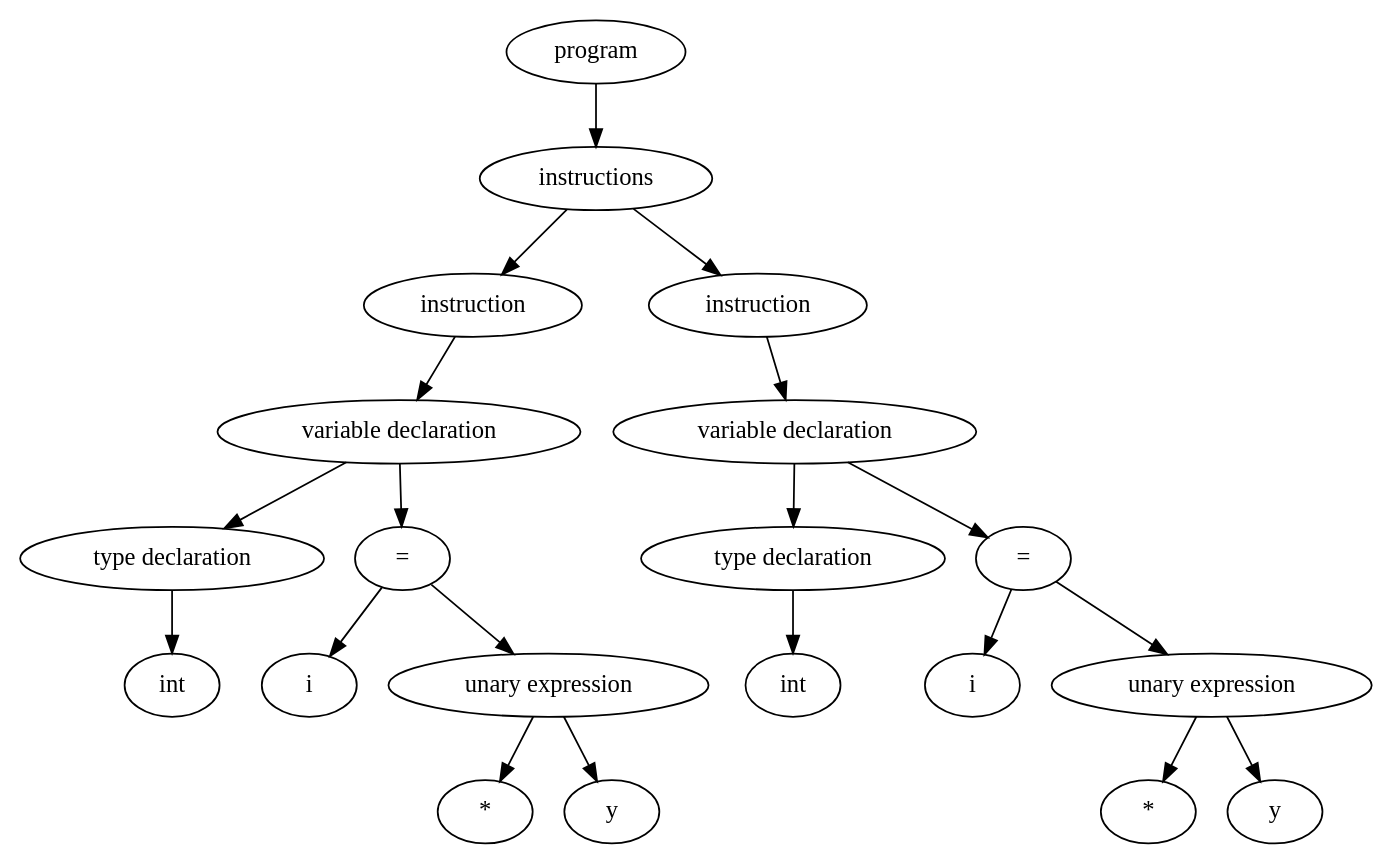
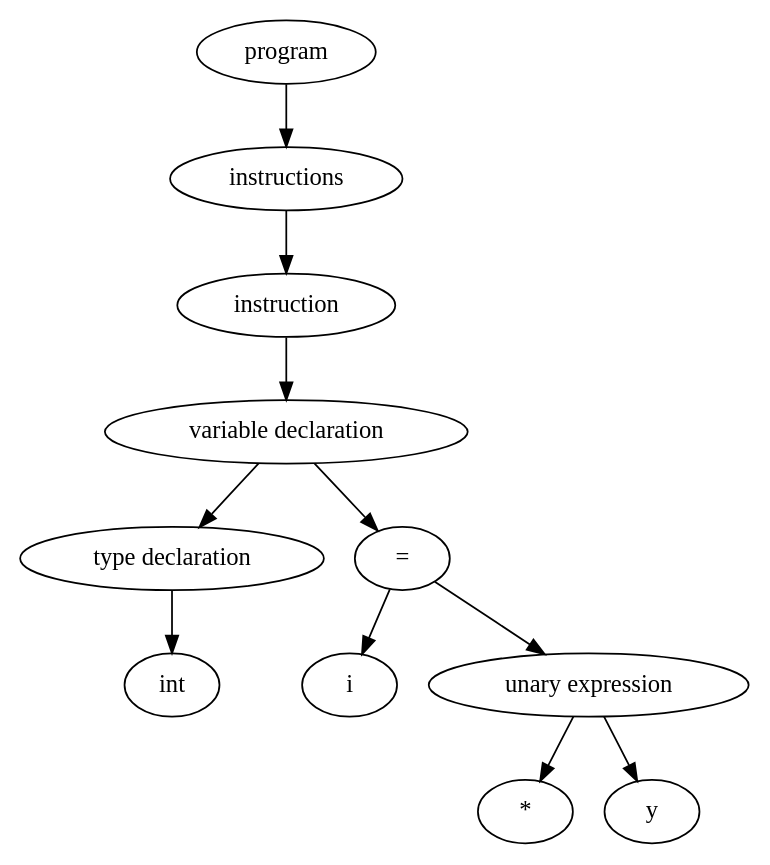
The diagram in output/ast.gv (RobMandelings/CompilersProject), drawn with Graphviz before and after one commit. The commit also changed 7 other files, not shown here.

```diff
--- a/output/ast.gv
+++ b/output/ast.gv
@@ -1,41 +1,23 @@
 digraph "Abstract Syntax Tree" {
-	140519490624240 [label=int]
-	140519490623808 -> 140519490624240
-	140519490623808 [label="type declaration"]
-	140519490622896 -> 140519490623808
-	140519490623040 [label=i]
-	140519490623664 -> 140519490623040
-	140519490625056 [label="*"]
-	140519490624960 -> 140519490625056
-	140519490646560 [label=y]
-	140519490624960 -> 140519490646560
-	140519490624960 [label="unary expression"]
-	140519490623664 -> 140519490624960
-	140519490623664 [label="="]
-	140519490622896 -> 140519490623664
-	140519490622896 [label="variable declaration"]
-	140519490624864 -> 140519490622896
-	140519490624864 [label=instruction]
-	140519490624816 -> 140519490624864
-	140519490647136 [label=int]
-	140519490646704 -> 140519490647136
-	140519490646704 [label="type declaration"]
-	140519490646128 -> 140519490646704
-	140519490647472 [label=i]
-	140519490646896 -> 140519490647472
-	140519490647760 [label="*"]
-	140519490647664 -> 140519490647760
-	140519490648048 [label=y]
-	140519490647664 -> 140519490648048
-	140519490647664 [label="unary expression"]
-	140519490646896 -> 140519490647664
-	140519490646896 [label="="]
-	140519490646128 -> 140519490646896
-	140519490646128 [label="variable declaration"]
-	140519490625344 -> 140519490646128
-	140519490625344 [label=instruction]
-	140519490624816 -> 140519490625344
-	140519490624816 [label=instructions]
-	140519490625104 -> 140519490624816
-	140519490625104 [label=program]
+	140318807431968 [label=int]
+	140318807431488 -> 140318807431968
+	140318807431488 [label="type declaration"]
+	140318807430576 -> 140318807431488
+	140318807432256 [label=i]
+	140318807432688 -> 140318807432256
+	140318807431104 [label="*"]
+	140318807430960 -> 140318807431104
+	140318807433024 [label=y]
+	140318807430960 -> 140318807433024
+	140318807430960 [label="unary expression"]
+	140318807432688 -> 140318807430960
+	140318807432688 [label="="]
+	140318807430576 -> 140318807432688
+	140318807430576 [label="variable declaration"]
+	140318807432064 -> 140318807430576
+	140318807432064 [label=instruction]
+	140318807431584 -> 140318807432064
+	140318807431584 [label=instructions]
+	140318807432832 -> 140318807431584
+	140318807432832 [label=program]
 }
```
